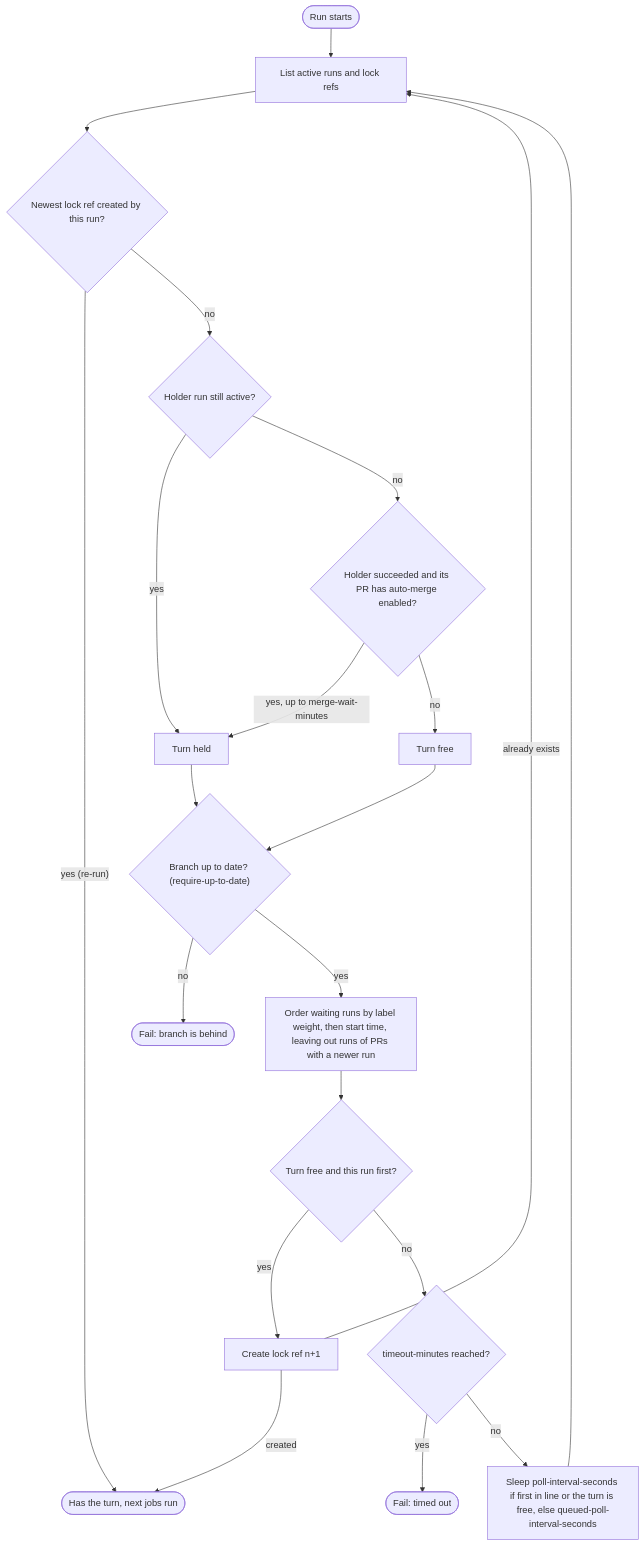
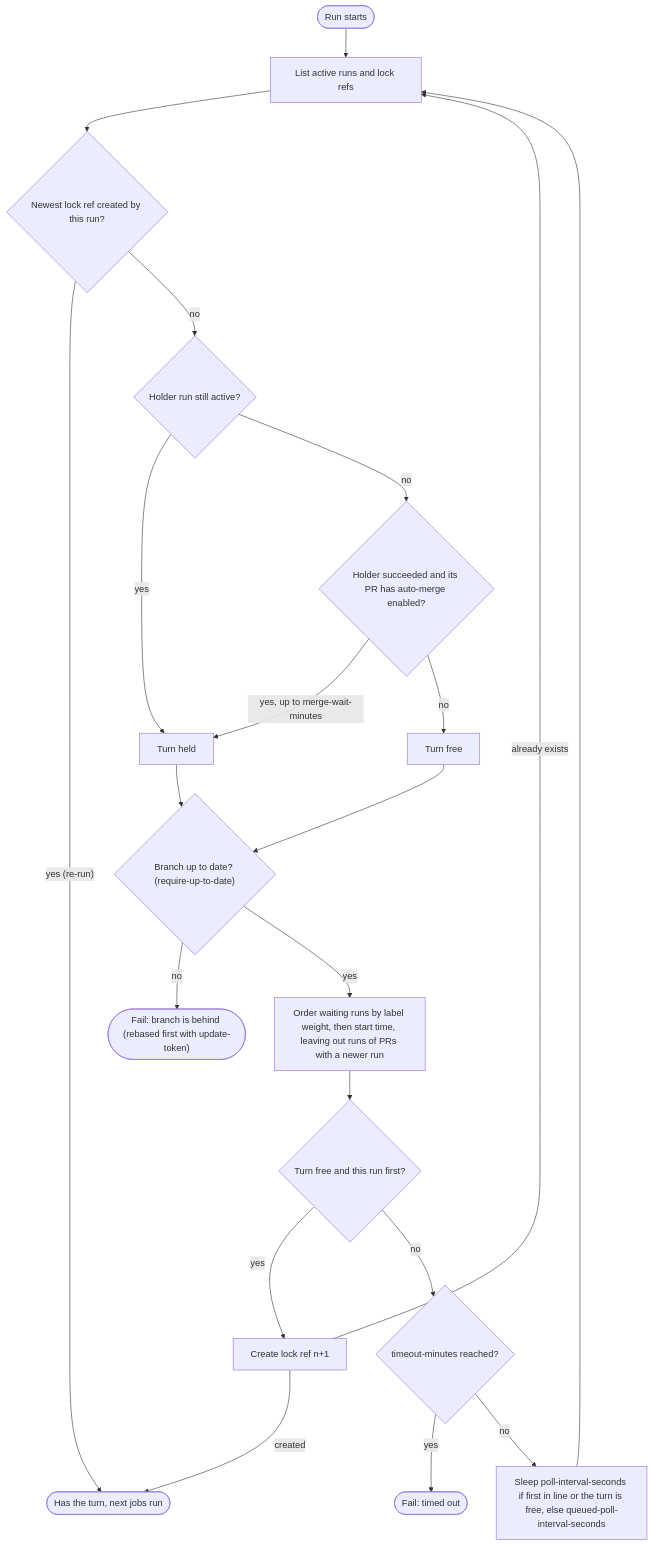
The diagram in README.md (actions-marketplace-validations/udondan_wait-for-turn), drawn with Mermaid before and after one commit. The commit also changed other lines of this file and 2 other files, not shown here.

Commit message:
feat: rebase pull request branches that are behind with update-token (#13)

````diff
--- a/README.md
+++ b/README.md
@@ -19,23 +19,23 @@
 ```mermaid
 flowchart TD
     start([Run starts]) --> poll[List active runs and lock refs]
     poll --> own{Newest lock ref created by this run?}
     own -- "yes (re-run)" --> done([Has the turn, next jobs run])
     own -- no --> active{Holder run still active?}
     active -- yes --> held[Turn held]
     active -- no --> merge{"Holder succeeded and its PR has auto-merge enabled?"}
     merge -- "yes, up to merge-wait-minutes" --> held
     merge -- no --> free[Turn free]
     held --> uptodate{"Branch up to date? (require-up-to-date)"}
     free --> uptodate
-    uptodate -- no --> outdated([Fail: branch is behind])
+    uptodate -- no --> outdated(["Fail: branch is behind (rebased first with update-token)"])
     uptodate -- yes --> queue["Order waiting runs by label weight, then start time, leaving out runs of PRs with a newer run"]
     queue --> first{Turn free and this run first?}
     first -- yes --> take[Create lock ref n+1]
     take -- created --> done
     take -- "already exists" --> poll
     first -- no --> timeout{timeout-minutes reached?}
     timeout -- yes --> timedout([Fail: timed out])
     timeout -- no --> sleep["Sleep poll-interval-seconds if first in line or the turn is free, else queued-poll-interval-seconds"]
     sleep --> poll
 ```
````
